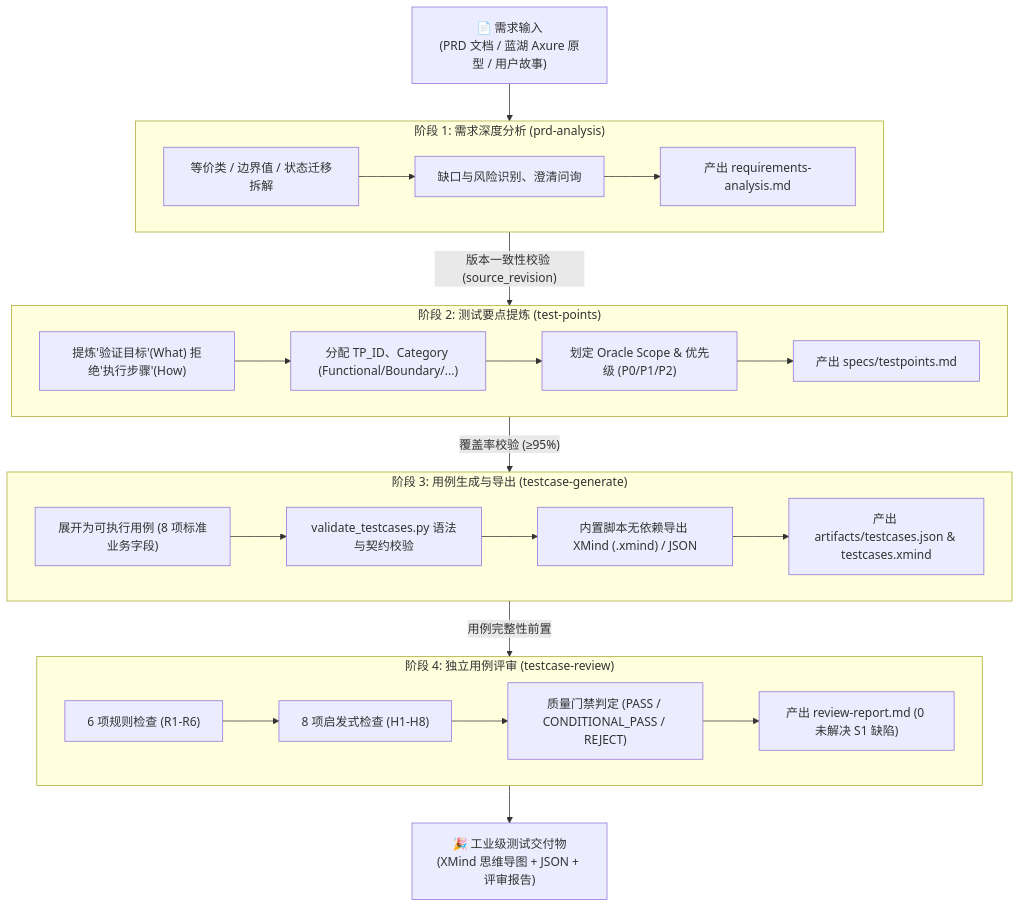
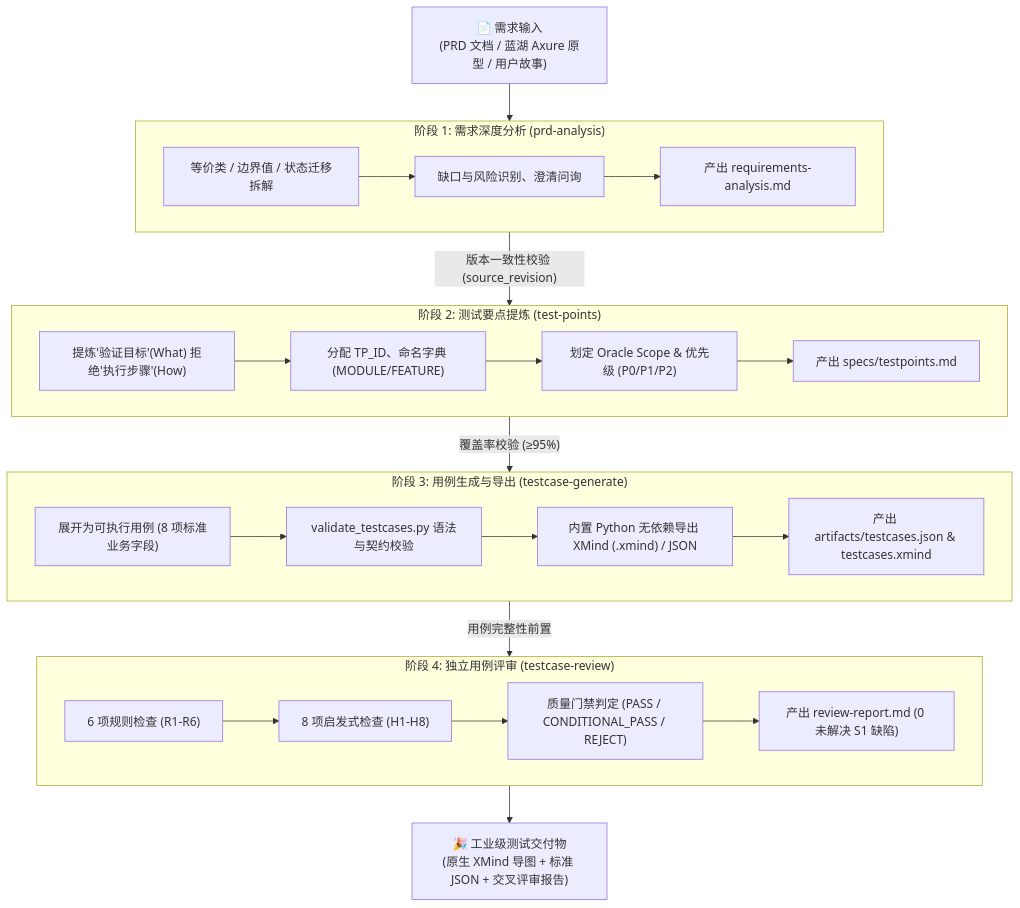
One commit to sx-mogule/TestSpec changed the diagram in README.md. Above: the diagram before and after it, drawn with Mermaid. The commit also changed other lines of this file and 25 other files, not shown here.

````diff
--- a/README.md
+++ b/README.md
@@ -31,43 +32,43 @@
 ```mermaid
 flowchart TD
     PRD["📄 需求输入<br/>(PRD 文档 / 蓝湖 Axure 原型 / 用户故事)"] --> S1
     
     subgraph S1 ["阶段 1: 需求深度分析 (prd-analysis)"]
         A1["等价类 / 边界值 / 状态迁移拆解"]
         A2["缺口与风险识别、澄清问询"]
         A3["产出 requirements-analysis.md"]
         A1 --> A2 --> A3
     end
 
     S1 -->|"版本一致性校验 (source_revision)"| S2
 
     subgraph S2 ["阶段 2: 测试要点提炼 (test-points)"]
         B1["提炼'验证目标'(What) 拒绝'执行步骤'(How)"]
-        B2["分配 TP_ID、Category (Functional/Boundary/...)"]
+        B2["分配 TP_ID、命名字典 (MODULE/FEATURE)"]
         B3["划定 Oracle Scope & 优先级 (P0/P1/P2)"]
         B4["产出 specs/testpoints.md"]
         B1 --> B2 --> B3 --> B4
     end
 
     S2 -->|"覆盖率校验 (≥95%)"| S3
 
     subgraph S3 ["阶段 3: 用例生成与导出 (testcase-generate)"]
         C1["展开为可执行用例 (8 项标准业务字段)"]
         C2["validate_testcases.py 语法与契约校验"]
-        C3["内置脚本无依赖导出 XMind (.xmind) / JSON"]
+        C3["内置 Python 无依赖导出 XMind (.xmind) / JSON"]
         C4["产出 artifacts/testcases.json & testcases.xmind"]
         C1 --> C2 --> C3 --> C4
     end
 
     S3 -->|"用例完整性前置"| S4
 
     subgraph S4 ["阶段 4: 独立用例评审 (testcase-review)"]
         D1["6 项规则检查 (R1-R6)"]
         D2["8 项启发式检查 (H1-H8)"]
         D3["质量门禁判定 (PASS / CONDITIONAL_PASS / REJECT)"]
         D4["产出 review-report.md (0 未解决 S1 缺陷)"]
         D1 --> D2 --> D3 --> D4
     end
 
-    S4 --> Final["🎉 工业级测试交付物<br/>(XMind 思维导图 + JSON + 评审报告)"]
+    S4 --> Final["🎉 工业级测试交付物<br/>(原生 XMind 导图 + 标准 JSON + 交叉评审报告)"]
 ```
````
